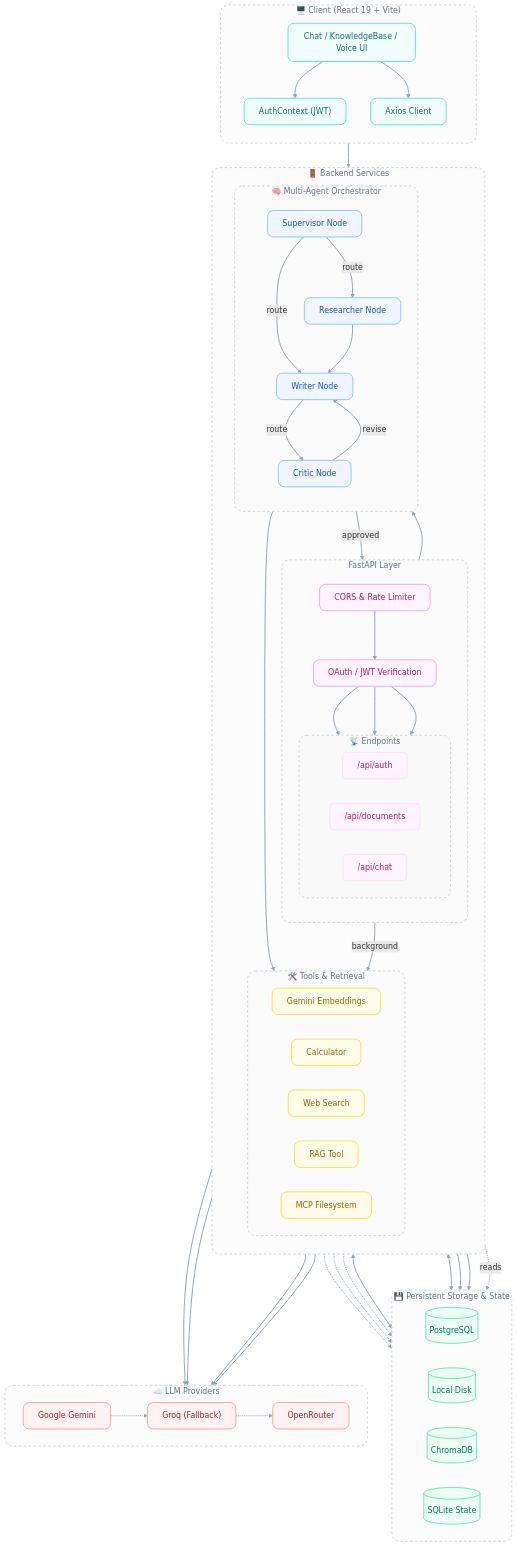
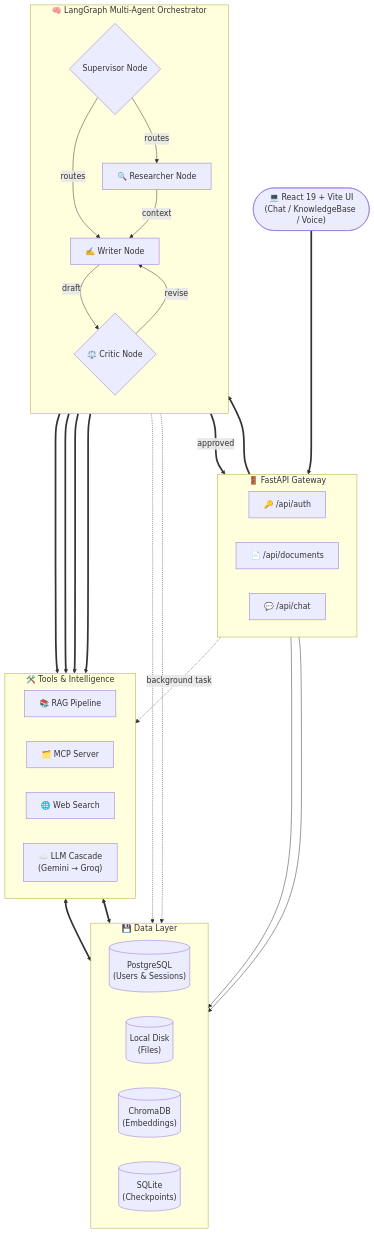
The diagram in README.md (sharathprime10-coder/NYRA), drawn with Mermaid before and after one commit.

Commit message:
docs: use sleek native diagram styling for architecture

````diff
--- a/README.md
+++ b/README.md
@@ -13,111 +13,64 @@
 ```mermaid
 flowchart TD
-    %% Modern Glassmorphism-inspired Light Theme Styles
-    classDef default fill:#ffffff,stroke:#e2e8f0,stroke-width:1px,color:#334155,rx:12,ry:12
-    classDef client fill:#f0fdfa,stroke:#5eead4,stroke-width:2px,color:#0f766e,rx:12,ry:12
-    classDef api fill:#fdf4ff,stroke:#f9a8d4,stroke-width:2px,color:#be185d,rx:12,ry:12
-    classDef endpoint fill:#fdf4ff,stroke:#fbcfe8,stroke-width:1px,color:#be185d,rx:8,ry:8
-    classDef orchestrator fill:#eff6ff,stroke:#93c5fd,stroke-width:2px,color:#1d4ed8,rx:12,ry:12
-    classDef tool fill:#fefce8,stroke:#fde047,stroke-width:2px,color:#a16207,rx:12,ry:12
-    classDef db fill:#ecfdf5,stroke:#6ee7b7,stroke-width:2px,color:#047857,rx:12,ry:12
-    classDef llm fill:#fef2f2,stroke:#fca5a5,stroke-width:2px,color:#b91c1c,rx:12,ry:12
-    classDef container fill:#fafafa88,stroke:#cbd5e1,stroke-width:2px,stroke-dasharray: 5 5,color:#64748b,rx:16,ry:16
-    
-    linkStyle default stroke:#94a3b8,stroke-width:2px,fill:none
+    %% Client Layer
+    Client(["💻 React 19 + Vite UI<br/>(Chat / KnowledgeBase / Voice)"])
 
-    subgraph Client ["🖥️ Client (React 19 + Vite)"]
-        direction TB
-        UI["Chat / KnowledgeBase / Voice UI"]:::client
-        AuthCtx["AuthContext (JWT)"]:::client
-        Axios["Axios Client"]:::client
-        UI --> AuthCtx
-        UI --> Axios
+    %% API Layer
+    subgraph API ["🚪 FastAPI Gateway"]
+        direction LR
+        Auth["🔑 /api/auth"]
+        Docs["📄 /api/documents"]
+        Chat["💬 /api/chat"]
     end
 
-    subgraph Backend ["🚪 Backend Services"]
-        direction TB
-        
-        subgraph API ["FastAPI Layer"]
-            direction TB
-            CORS["CORS & Rate Limiter"]:::api
-            AuthVerif["OAuth / JWT Verification"]:::api
-            CORS --> AuthVerif
-            
-            subgraph Endpoints ["📡 Endpoints"]
-                direction LR
-                EpAuth["/api/auth"]:::endpoint
-                EpDocs["/api/documents"]:::endpoint
-                EpChat["/api/chat"]:::endpoint
-            end
-            
-            AuthVerif --> EpAuth
-            AuthVerif --> EpDocs
-            AuthVerif --> EpChat
-        end
-        
-        subgraph LangGraph ["🧠 Multi-Agent Orchestrator"]
-            direction TB
-            Supervisor["Supervisor Node"]:::orchestrator
-            Researcher["Researcher Node"]:::orchestrator
-            Writer["Writer Node"]:::orchestrator
-            Critic["Critic Node"]:::orchestrator
-            
-            Supervisor -- route --> Researcher
-            Supervisor -- route --> Writer
-            Researcher --> Writer
-            Writer -- route --> Critic
-            Critic -- revise --> Writer
-        end
-        
-        subgraph Tools ["🛠️ Tools & Retrieval"]
-            direction LR
-            Embed["Gemini Embeddings"]:::tool
-            Calc["Calculator"]:::tool
-            Web["Web Search"]:::tool
-            RAG["RAG Tool"]:::tool
-            MCP["MCP Filesystem"]:::tool
-        end
-    end
-    
-    subgraph Data ["💾 Persistent Storage & State"]
+    Client ===> API
+
+    %% Storage Layer
+    subgraph Storage ["💾 Data Layer"]
         direction LR
-        PG[("PostgreSQL")]:::db
-        Disk[("Local Disk")]:::db
-        Chroma[("ChromaDB")]:::db
-        Checkpoint[("SQLite State")]:::db
+        PG[("PostgreSQL<br/>(Users & Sessions)")]
+        Disk[("Local Disk<br/>(Files)")]
+        Chroma[("ChromaDB<br/>(Embeddings)")]
+        State[("SQLite<br/>(Checkpoints)")]
     end
 
-    subgraph LLMs ["☁️ LLM Providers"]
-        direction LR
-        GeminiLLM["Google Gemini"]:::llm
-        Groq["Groq (Fallback)"]:::llm
-        OpenRouter["OpenRouter"]:::llm
-        GeminiLLM -.-> Groq -.-> OpenRouter
+    Auth --> PG
+    Docs --> Disk
+
+    %% Agent Layer
+    subgraph Orchestrator ["🧠 LangGraph Multi-Agent Orchestrator"]
+        direction TB
+        Supervisor{"Supervisor Node"}
+        Researcher["🔍 Researcher Node"]
+        Writer["✍️ Writer Node"]
+        Critic{"⚖️ Critic Node"}
+        
+        Supervisor -->|routes| Researcher & Writer
+        Researcher -->|context| Writer
+        Writer -->|draft| Critic
+        Critic -->|revise| Writer
     end
 
-    %% Architecture Flow Connections
-    Axios --> CORS
+    Chat ===> Supervisor
+    Critic ===>|approved| Chat
 
-    EpChat --> Supervisor
-    Critic -- approved --> EpChat
+    Supervisor -.-> State
+    Researcher -.-> State
+
+    %% Tools & LLM Layer
+    subgraph Services ["🛠️ Tools & Intelligence"]
+        direction LR
+        RAG["📚 RAG Pipeline"]
+        MCP["🗂️ MCP Server"]
+        Search["🌐 Web Search"]
+        LLM["☁️ LLM Cascade<br/>(Gemini → Groq)"]
+    end
+
+    Docs -.->|background task| RAG
+    Researcher ===> RAG & MCP & Search
     
-    EpDocs -.-> PG
-    EpDocs -.-> Disk
-    EpDocs -- background --> Embed
-    EpAuth -.-> PG
+    Orchestrator ===> LLM
     
-    Supervisor <--> Checkpoint
-    Researcher <--> Checkpoint
-    Researcher --> Tools
-    
-    Embed --> Chroma
-    RAG --> Chroma
-    MCP -. reads .-> Disk
-    
-    Supervisor --> GeminiLLM
-    Researcher --> GeminiLLM
-    Writer --> GeminiLLM
-    Critic --> GeminiLLM
-
-    class Client,Backend,API,LangGraph,Tools,Data,LLMs,Endpoints container;
+    RAG <==> Chroma
+    MCP <==> Disk
 ```
````
